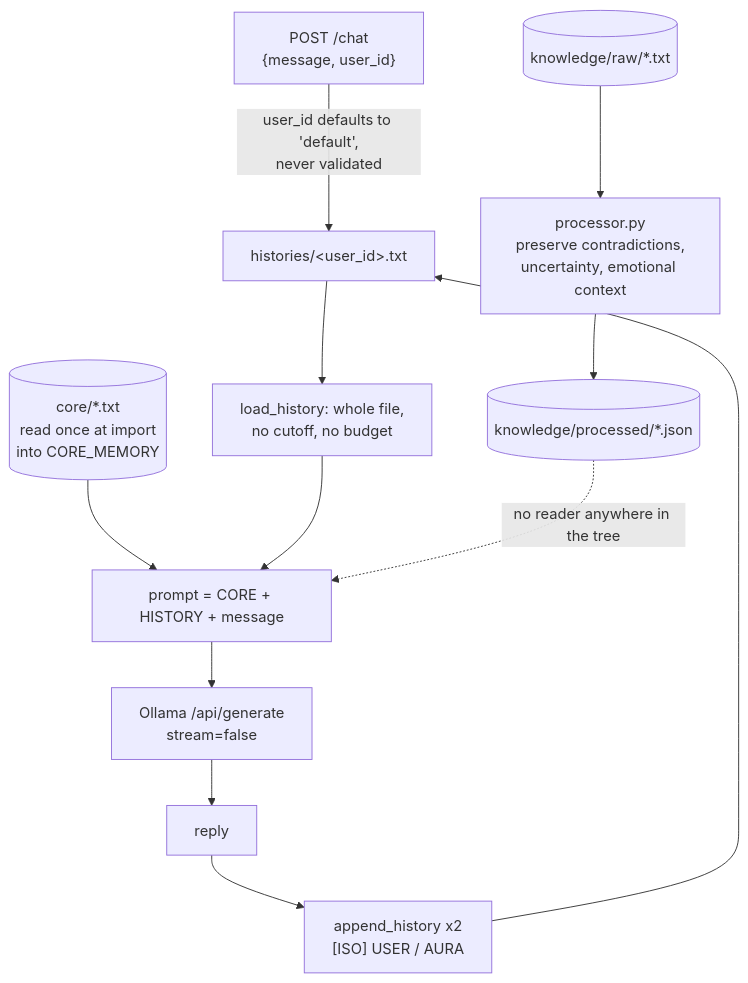
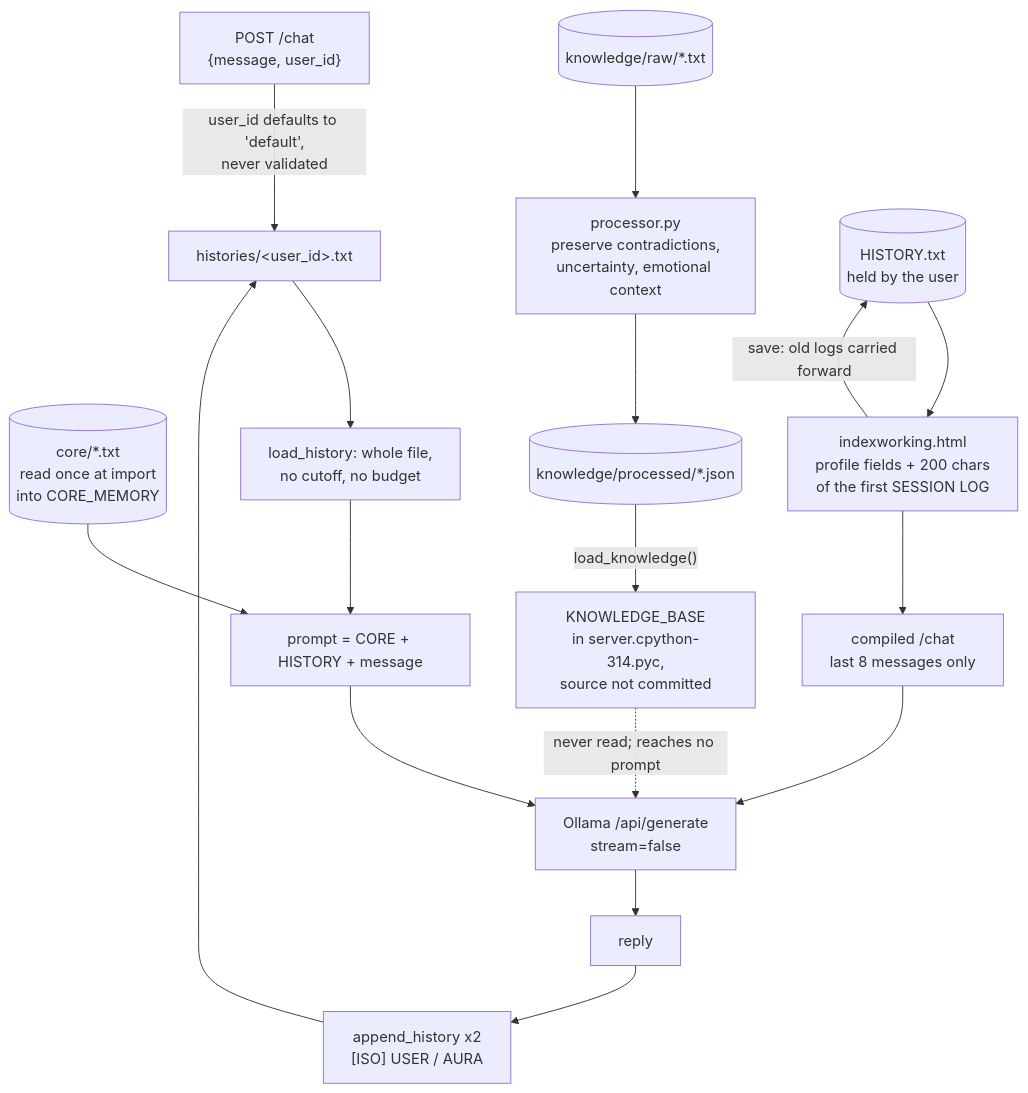
Before and after one commit to neoneye/agent-memory-atlas: the diagram in content/systems/auraos.md, drawn with Mermaid. The commit also changed other lines of this file and 14 other files, not shown here.

First line of the commit message:
Audit AuraOS at an unchanged pin: an always-true health check, a server only in bytecode

````diff
--- a/content/systems/auraos.md
+++ b/content/systems/auraos.md
@@ -116,18 +115,24 @@
 ```mermaid
 flowchart TD
-%% caption: every turn re-sends the whole transcript with the identity folder in front of it, the caller names which transcript by an unvalidated id, and the distillation branch writes artifacts no read path loads
+%% caption: every turn re-sends the whole transcript with the identity folder in front of it, the caller names which transcript by an unvalidated id, the distillation branch ends in a global nothing reads, and the user-carried variant sends the model almost nothing from old sessions
     REQ["POST /chat<br/>{message, user_id}"]
     REQ -->|"user_id defaults to 'default',<br/>never validated"| PATH["histories/&lt;user_id&gt;.txt"]
     CORE[("core/*.txt<br/>read once at import<br/>into CORE_MEMORY")]
     PATH --> READ["load_history: whole file,<br/>no cutoff, no budget"]
     CORE --> PROMPT["prompt = CORE + HISTORY + message"]
     READ --> PROMPT
     PROMPT --> OLLAMA["Ollama /api/generate<br/>stream=false"]
     OLLAMA --> REPLY["reply"]
     REPLY --> APP["append_history x2<br/>&lsqb;ISO&rsqb; USER / AURA"]
     APP --> PATH
 
     RAW[("knowledge/raw/*.txt")] --> PROC["processor.py<br/>preserve contradictions,<br/>uncertainty, emotional context"]
     PROC --> OUT[("knowledge/processed/*.json")]
-    OUT -. "no reader anywhere in the tree" .-> PROMPT
+    OUT -->|"load_knowledge()"| KB["KNOWLEDGE_BASE<br/>in server.cpython-314.pyc,<br/>source not committed"]
+    KB -. "never read; reaches no prompt" .-> OLLAMA
+
+    FILE[("HISTORY.txt<br/>held by the user")] --> CLIENT["indexworking.html<br/>profile fields + 200 chars<br/>of the first SESSION LOG"]
+    CLIENT --> PYC["compiled /chat<br/>last 8 messages only"]
+    PYC --> OLLAMA
+    CLIENT -->|"save: old logs carried forward"| FILE
 ```
````
